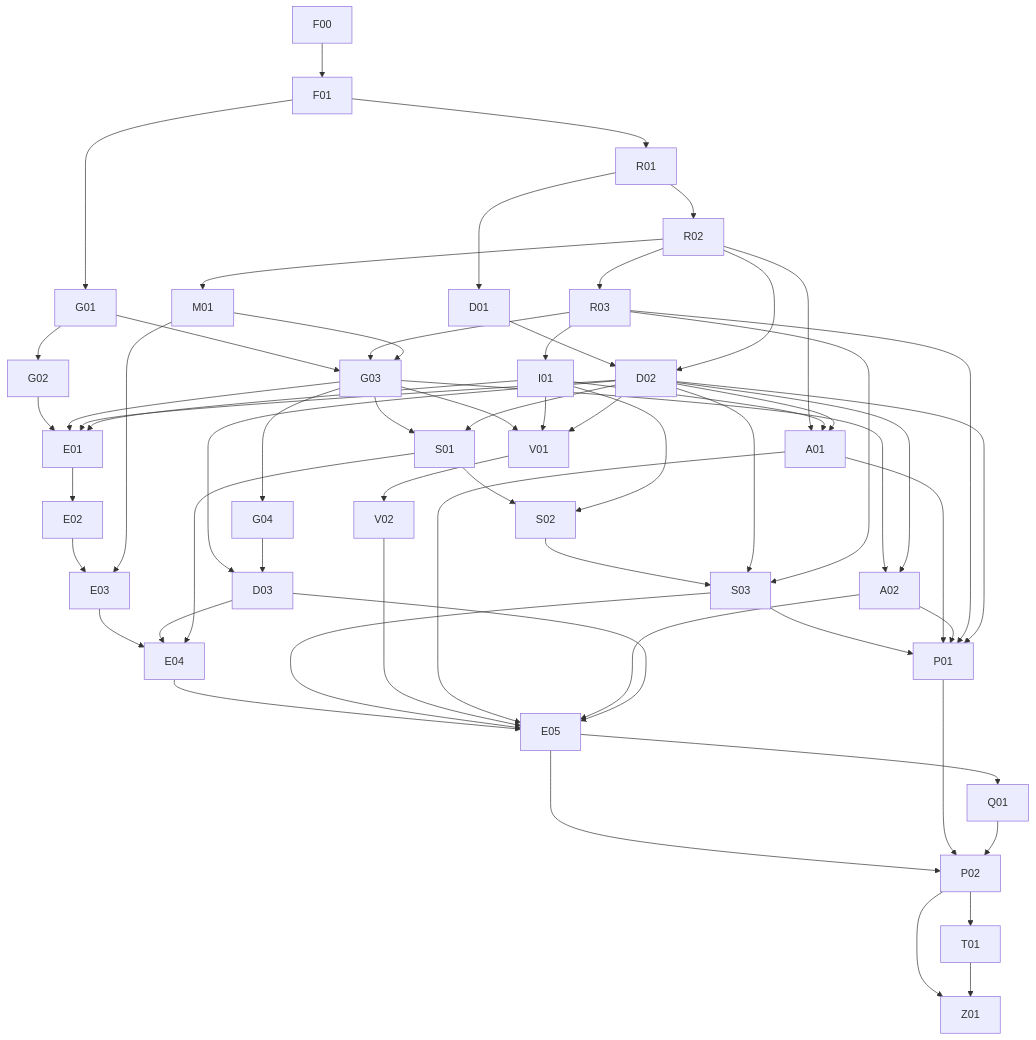
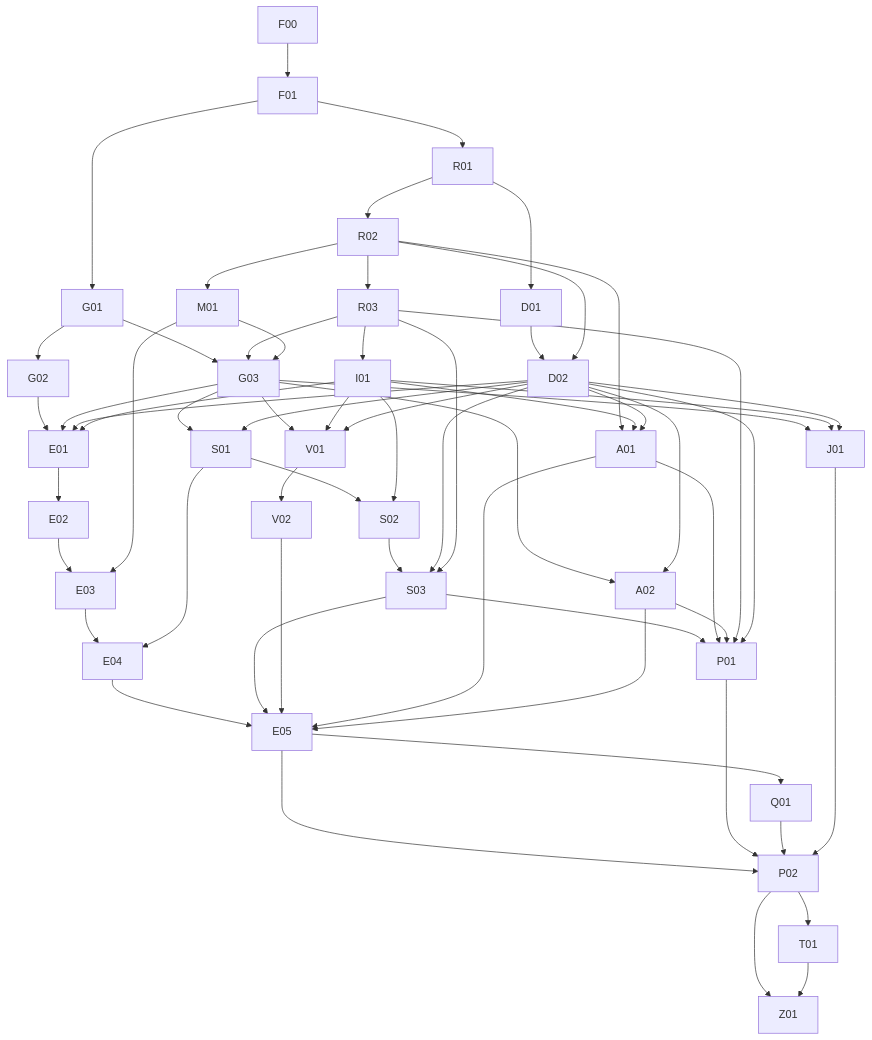
Before and after one commit to Alvarum/VESTIGIO: the diagram in docs/implementation/WAVES.md, drawn with Mermaid. The commit also changed other lines of this file and 9 other files, not shown here.

```diff
--- a/docs/implementation/WAVES.md
+++ b/docs/implementation/WAVES.md
@@ -37,9 +37,8 @@
   D01[D01]
   M01[M01]
   G03[G03]
-  G04[G04]
+  J01[J01]
   D02[D02]
-  D03[D03]
   E01[E01]
   E02[E02]
   E03[E03]
@@ -69,11 +68,11 @@
   G01 --> G03
   R03 --> G03
   M01 --> G03
-  G03 --> G04
+  G03 --> J01
+  I01 --> J01
+  D02 --> J01
   D01 --> D02
   R02 --> D02
-  D02 --> D03
-  G04 --> D03
   G02 --> E01
   G03 --> E01
   D02 --> E01
@@ -82,7 +81,6 @@
   E02 --> E03
   M01 --> E03
   E03 --> E04
-  D03 --> E04
   S01 --> E04
   G03 --> S01
   D02 --> S01
@@ -105,7 +103,6 @@
   V02 --> E05
   A01 --> E05
   A02 --> E05
-  D03 --> E05
   E05 --> Q01
   S03 --> P01
   A01 --> P01
@@ -115,6 +112,7 @@
   E05 --> P02
   P01 --> P02
   Q01 --> P02
+  J01 --> P02
   P02 --> T01
   P02 --> Z01
   T01 --> Z01
```
